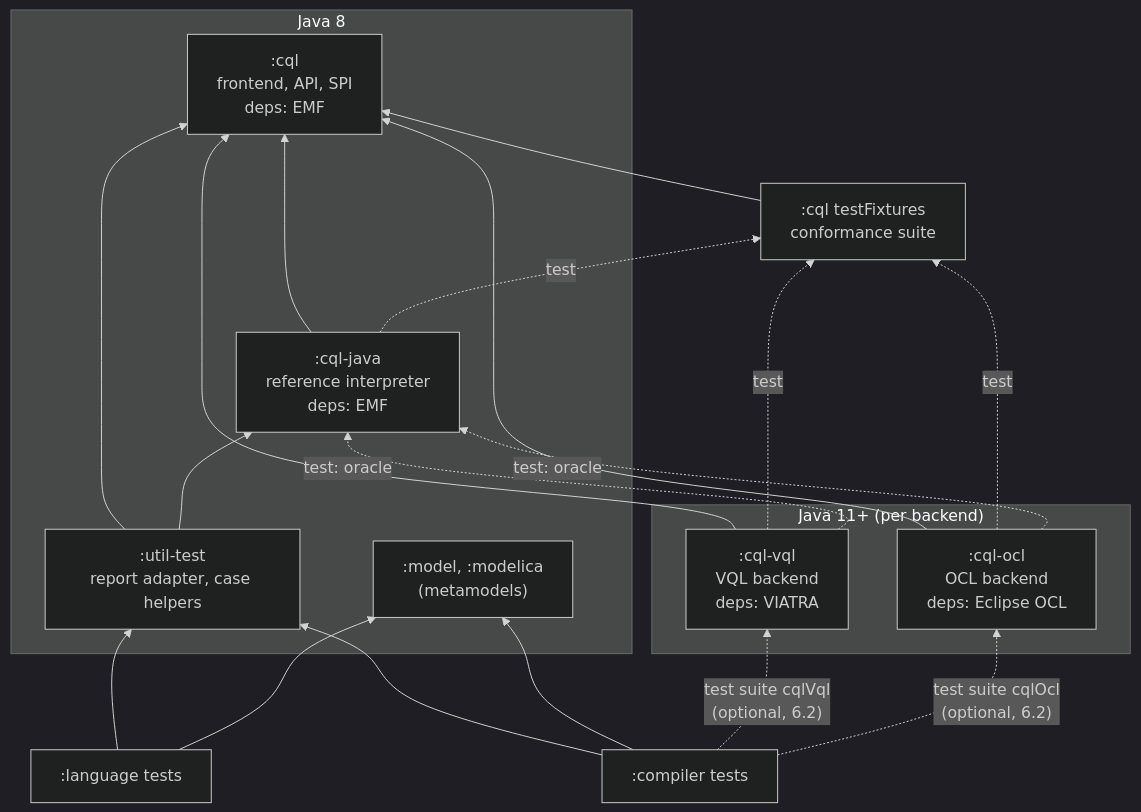
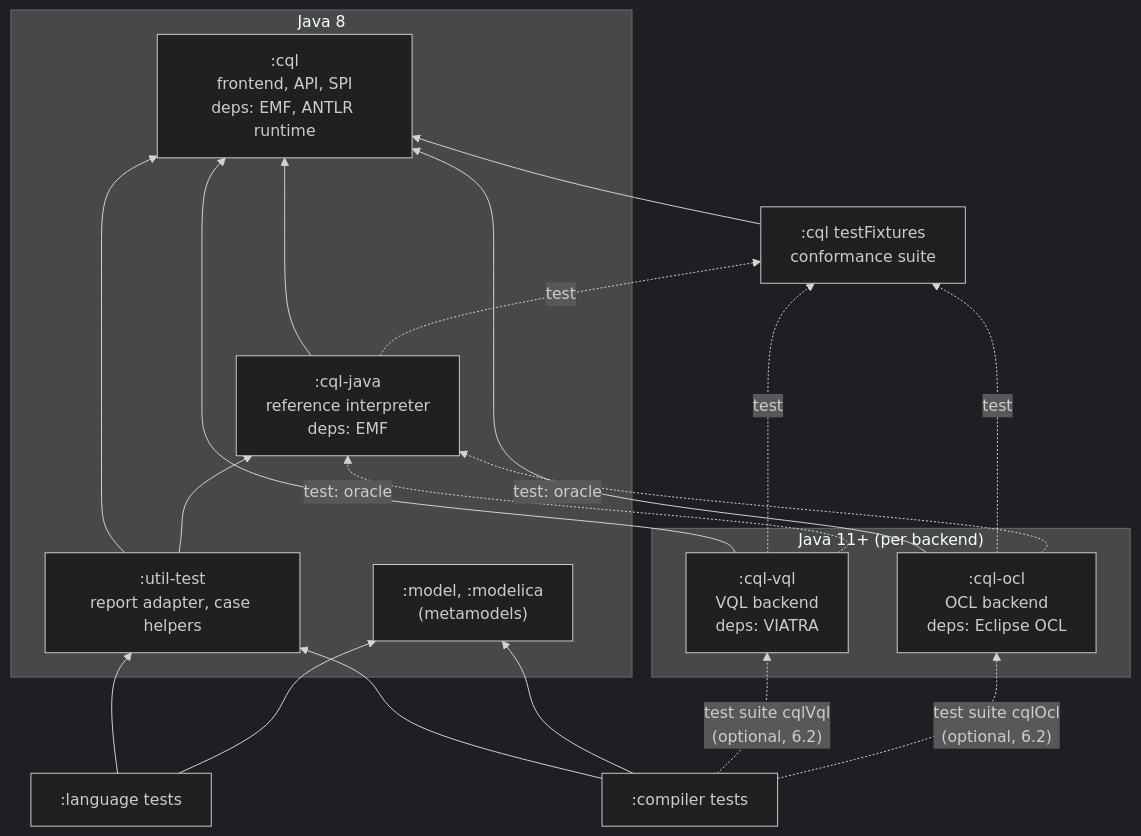
The second of 6 diagrams in submodules/util-test/QUERY_LANGUAGE_ARCHITECTURE.md (PELAB-LiU/CRML), drawn with Mermaid (dark theme) before and after one commit. The commit also changed other lines of this file and 13 other files, not shown here.

````diff
--- a/submodules/util-test/QUERY_LANGUAGE_ARCHITECTURE.md
+++ b/submodules/util-test/QUERY_LANGUAGE_ARCHITECTURE.md
@@ -75,34 +75,34 @@
 ```mermaid
 flowchart BT
     subgraph j8["Java 8"]
-        cql[":cql<br/>frontend, API, SPI<br/>deps: EMF"]
+        cql[":cql<br/>frontend, API, SPI<br/>deps: EMF, ANTLR runtime"]
         java[":cql-java<br/>reference interpreter<br/>deps: EMF"]
         ut[":util-test<br/>report adapter, case helpers"]
         model[":model, :modelica<br/>(metamodels)"]
     end
     subgraph jn["Java 11+ (per backend)"]
         vql[":cql-vql<br/>VQL backend<br/>deps: VIATRA"]
         ocl[":cql-ocl<br/>OCL backend<br/>deps: Eclipse OCL"]
     end
     tck[":cql testFixtures<br/>conformance suite"]
     lang[":language tests"]
     comp[":compiler tests"]
 
     java --> cql
     vql --> cql
     ocl --> cql
     tck --> cql
     java -. "test" .-> tck
     vql -. "test" .-> tck
     ocl -. "test" .-> tck
     vql -. "test: oracle" .-> java
     ocl -. "test: oracle" .-> java
     ut --> cql
     ut --> java
     lang --> ut
     comp --> ut
     lang --> model
     comp --> model
     comp -. "test suite cqlVql<br/>(optional, 6.2)" .-> vql
     comp -. "test suite cqlOcl<br/>(optional, 6.2)" .-> ocl
 ```
````
